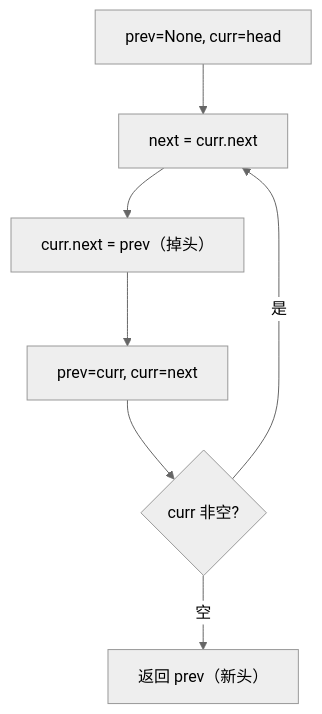
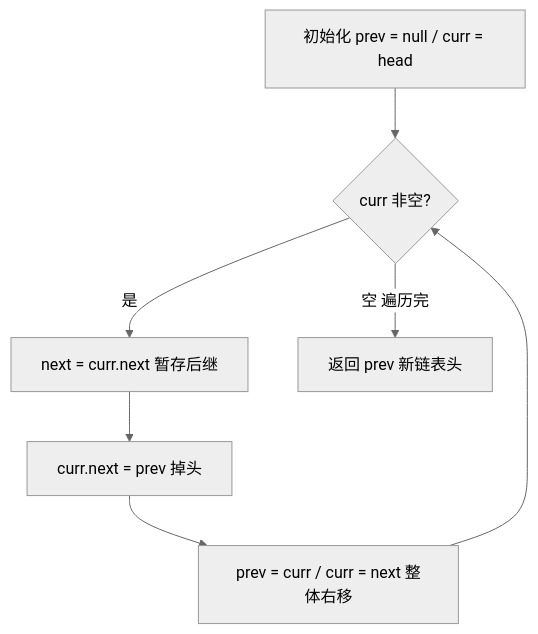
Before and after one commit to OctalZero/hot100-py: the first of 2 diagrams in 08-链表/0206-反转链表.md, drawn with Mermaid (neutral theme). The commit also changed other lines of this file and 117 other files, not shown here.

First line of the commit message:
feat: 全题解配图升级为「动画式 mermaid」（总览骨架 + 横向时间线逐步推演）

````diff
--- a/08-链表/0206-反转链表.md
+++ b/08-链表/0206-反转链表.md
@@ -19,9 +19,9 @@
 ```mermaid
 flowchart TD
-    A["prev=None, curr=head"] --> B["next = curr.next"]
-    B --> C["curr.next = prev（掉头）"]
-    C --> D["prev=curr, curr=next"]
-    D --> E{"curr 非空?"}
-    E -- "是" --> B
-    E -- "空" --> F["返回 prev（新头）"]
+    A["初始化 prev = null / curr = head"] --> B{"curr 非空?"}
+    B -->|"是"| C["next = curr.next 暂存后继"]
+    C --> D["curr.next = prev 掉头"]
+    D --> E["prev = curr / curr = next 整体右移"]
+    E --> B
+    B -->|"空 遍历完"| F["返回 prev 新链表头"]
 ```
````
